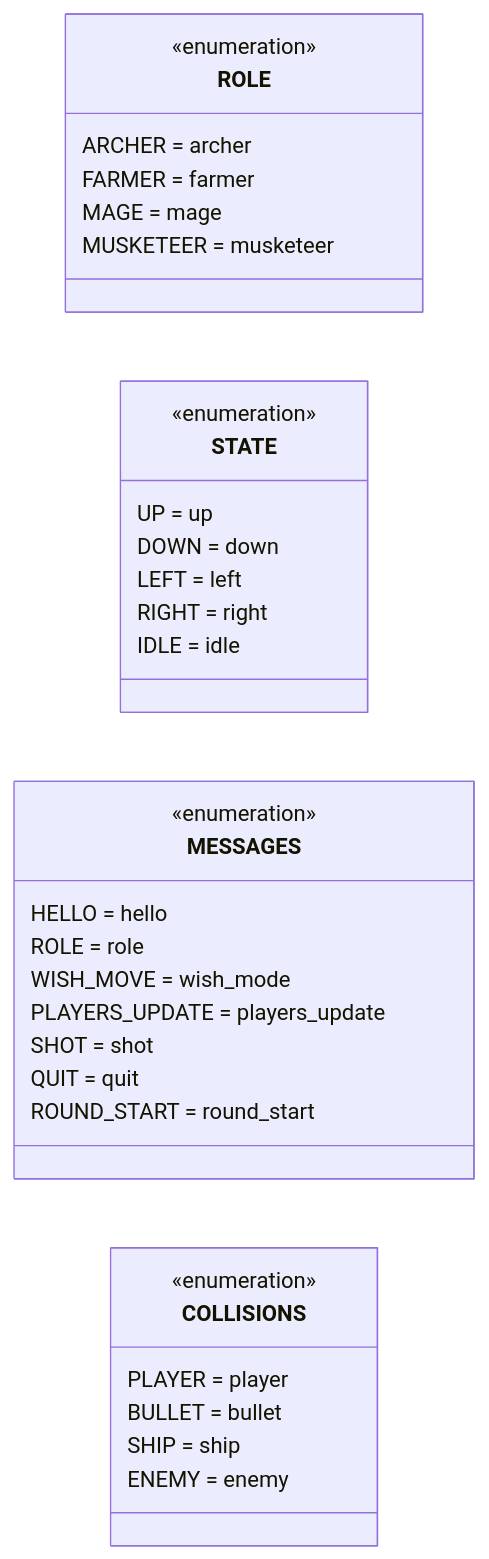
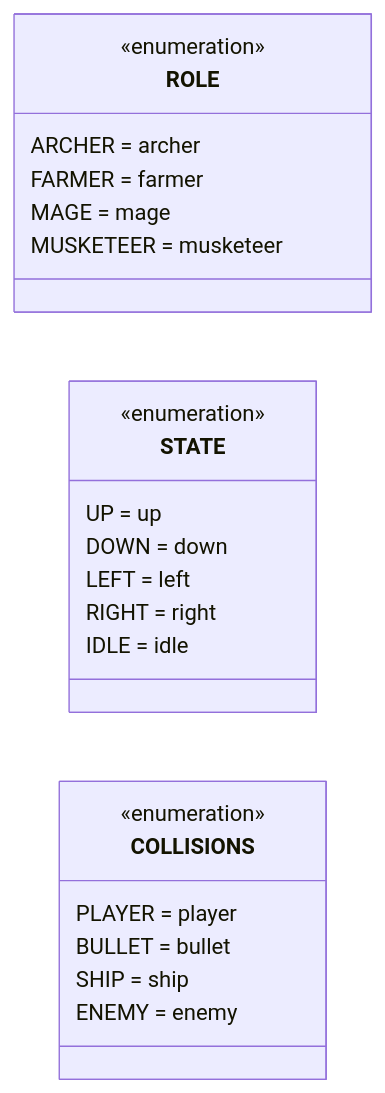
Before and after one commit to Aouei/pygame_multi: the fifth of 5 diagrams in docs/diagramas/clases.md, drawn with Mermaid. The commit also changed other lines of this file and 3 other files, not shown here.

````diff
--- a/docs/diagramas/clases.md
+++ b/docs/diagramas/clases.md
@@ -492,40 +430,29 @@
 ```mermaid
 classDiagram
     direction LR
 
     class ROLE {
         <<enumeration>>
         ARCHER = archer
         FARMER = farmer
         MAGE = mage
         MUSKETEER = musketeer
     }
 
     class STATE {
         <<enumeration>>
         UP = up
         DOWN = down
         LEFT = left
         RIGHT = right
         IDLE = idle
     }
 
-    class MESSAGES {
-        <<enumeration>>
-        HELLO = hello
-        ROLE = role
-        WISH_MOVE = wish_mode
-        PLAYERS_UPDATE = players_update
-        SHOT = shot
-        QUIT = quit
-        ROUND_START = round_start
-    }
-
     class COLLISIONS {
         <<enumeration>>
         PLAYER = player
         BULLET = bullet
         SHIP = ship
         ENEMY = enemy
     }
 ```
````
